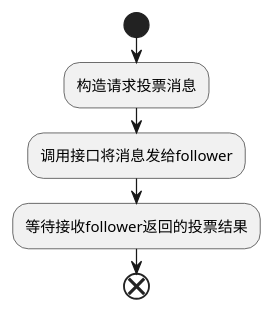
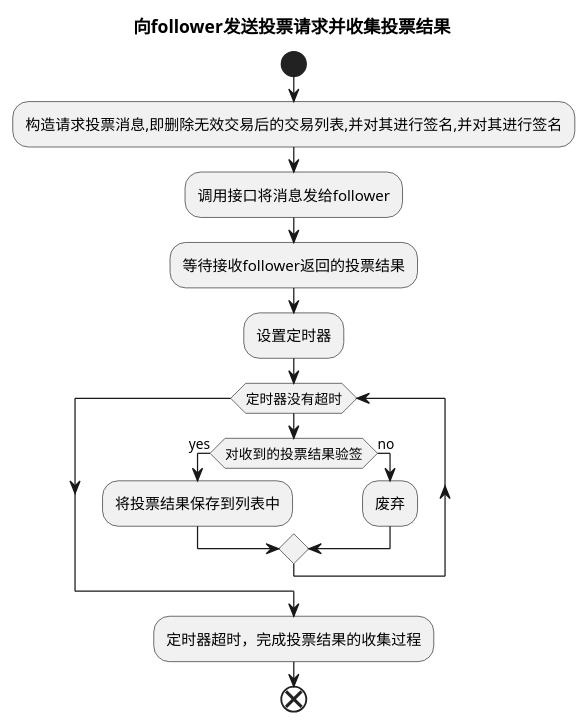
Before and after one commit to alvinleee/matrix-work: the diagram in doc/sendVoteRequestToFollower.wsd, drawn with PlantUML. The commit also changed 6 other files, not shown here.

Commit message:
update leader的具体函数流程图

```diff
--- a/doc/sendVoteRequestToFollower.wsd
+++ b/doc/sendVoteRequestToFollower.wsd
@@ -1,7 +1,17 @@
 @startuml
+title 向follower发送投票请求并收集投票结果
 start
-:构造请求投票消息;
+:构造请求投票消息,即删除无效交易后的交易列表,并对其进行签名,并对其进行签名;
 :调用接口将消息发给follower;
 :等待接收follower返回的投票结果;
+:设置定时器;
+while(定时器没有超时)
+    if(对收到的投票结果验签)then(yes)
+        :将投票结果保存到列表中;
+    else (no)
+        :废弃;
+    endif
+endwhile
+:定时器超时，完成投票结果的收集过程;
 end
 @enduml
```
